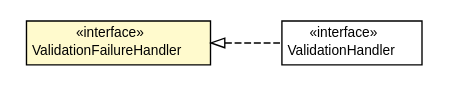
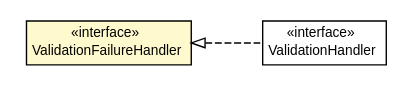
The diagram in javadoc/apidocs/org/turbogwt/mvp/databind/client/validation/ValidationFailureHandler.dot (growbit/turbogwt-databind), drawn with Graphviz before and after one commit. The commit also changed 171 other files, not shown here.

```diff
--- a/javadoc/apidocs/org/turbogwt/mvp/databind/client/validation/ValidationFailureHandler.dot
+++ b/javadoc/apidocs/org/turbogwt/mvp/databind/client/validation/ValidationFailureHandler.dot
@@ -1,29 +1,29 @@
 #!/usr/local/bin/dot
 #
 # Class diagram 
 # Generated by UMLGraph version R5_6-24-gf6e263 (http://www.umlgraph.org/)
 #
 
 digraph G {
-	edge [fontname="Helvetica",fontsize=10,labelfontname="Helvetica",labelfontsize=10];
-	node [fontname="Helvetica",fontsize=10,shape=plaintext];
+	edge [fontname="arial",fontsize=10,labelfontname="arial",labelfontsize=10];
+	node [fontname="arial",fontsize=10,shape=plaintext];
 	nodesep=0.25;
 	ranksep=0.5;
 	rankdir=LR;
+	// org.turbogwt.mvp.databind.client.validation.ValidationHandler
+	c1282 [label=<<table title="org.turbogwt.mvp.databind.client.validation.ValidationHandler" border="0" cellborder="1" cellspacing="0" cellpadding="2" port="p" href="./ValidationHandler.html">
+		<tr><td><table border="0" cellspacing="0" cellpadding="1">
+<tr><td align="center" balign="center"> &#171;interface&#187; </td></tr>
+<tr><td align="center" balign="center"> ValidationHandler </td></tr>
+		</table></td></tr>
+		</table>>, URL="./ValidationHandler.html", fontname="arial", fontcolor="black", fontsize=10.0];
 	// org.turbogwt.mvp.databind.client.validation.ValidationFailureHandler
-	c976 [label=<<table title="org.turbogwt.mvp.databind.client.validation.ValidationFailureHandler" border="0" cellborder="1" cellspacing="0" cellpadding="2" port="p" bgcolor="lemonChiffon" href="./ValidationFailureHandler.html">
+	c1283 [label=<<table title="org.turbogwt.mvp.databind.client.validation.ValidationFailureHandler" border="0" cellborder="1" cellspacing="0" cellpadding="2" port="p" bgcolor="lemonChiffon" href="./ValidationFailureHandler.html">
 		<tr><td><table border="0" cellspacing="0" cellpadding="1">
 <tr><td align="center" balign="center"> &#171;interface&#187; </td></tr>
 <tr><td align="center" balign="center"> ValidationFailureHandler </td></tr>
 		</table></td></tr>
-		</table>>, URL="./ValidationFailureHandler.html", fontname="Helvetica", fontcolor="black", fontsize=10.0];
-	// org.turbogwt.mvp.databind.client.validation.ValidationHandler
-	c977 [label=<<table title="org.turbogwt.mvp.databind.client.validation.ValidationHandler" border="0" cellborder="1" cellspacing="0" cellpadding="2" port="p" href="./ValidationHandler.html">
-		<tr><td><table border="0" cellspacing="0" cellpadding="1">
-<tr><td align="center" balign="center"> &#171;interface&#187; </td></tr>
-<tr><td align="center" balign="center"> ValidationHandler </td></tr>
-		</table></td></tr>
-		</table>>, URL="./ValidationHandler.html", fontname="Helvetica", fontcolor="black", fontsize=10.0];
+		</table>>, URL="./ValidationFailureHandler.html", fontname="arial", fontcolor="black", fontsize=10.0];
 	//org.turbogwt.mvp.databind.client.validation.ValidationHandler implements org.turbogwt.mvp.databind.client.validation.ValidationFailureHandler
-	c976:p -> c977:p [dir=back,arrowtail=empty,style=dashed];
+	c1283:p -> c1282:p [dir=back,arrowtail=empty,style=dashed];
 }
```
